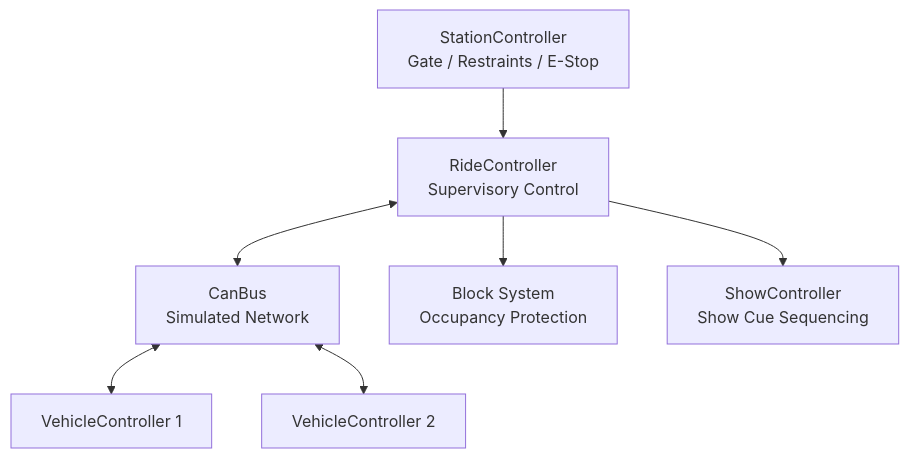
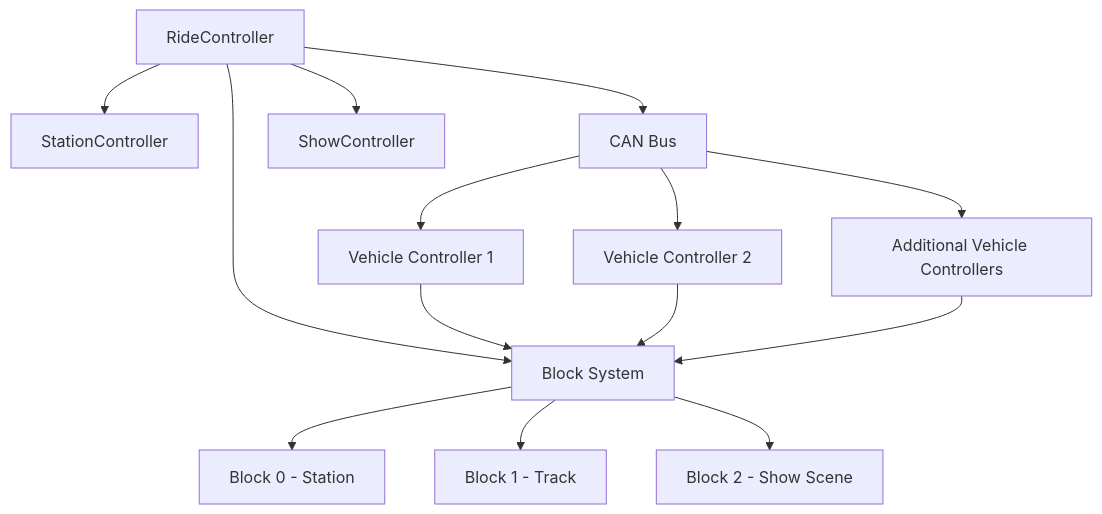
Before and after one commit to beneito12/Dark-Ride-Control-System: the diagram in README.md, drawn with Mermaid. The commit also changed other lines of this file and 3 other files, not shown here.

Commit message:
finishing touches and architecture, safety, and readme documentation

````diff
--- a/README.md
+++ b/README.md
@@ -33,18 +35,21 @@
 ```mermaid
 flowchart TD
-    RC[RideController<br/>Supervisory Control]
+    RC[RideController]
 
-    SC[StationController<br/>Gate / Restraints / E-Stop]
-    CAN[CanBus<br/>Simulated Network]
-    V1[VehicleController 1]
-    V2[VehicleController 2]
-    BLOCKS[Block System<br/>Occupancy Protection]
-    SHOW[ShowController<br/>Show Cue Sequencing]
+    RC --> SC[StationController]
+    RC --> CB[CAN Bus]
+    RC --> SH[ShowController]
+    RC --> BS[Block System]
 
-    SC --> RC
-    RC <--> CAN
-    CAN <--> V1
-    CAN <--> V2
-    RC --> BLOCKS
-    RC --> SHOW
+    CB --> V1[Vehicle Controller 1]
+    CB --> V2[Vehicle Controller 2]
+    CB --> VN[Additional Vehicle Controllers]
+
+    V1 --> BS
+    V2 --> BS
+    VN --> BS
+
+    BS --> B0[Block 0 - Station]
+    BS --> B1[Block 1 - Track]
+    BS --> B2[Block 2 - Show Scene]
 ```
````
